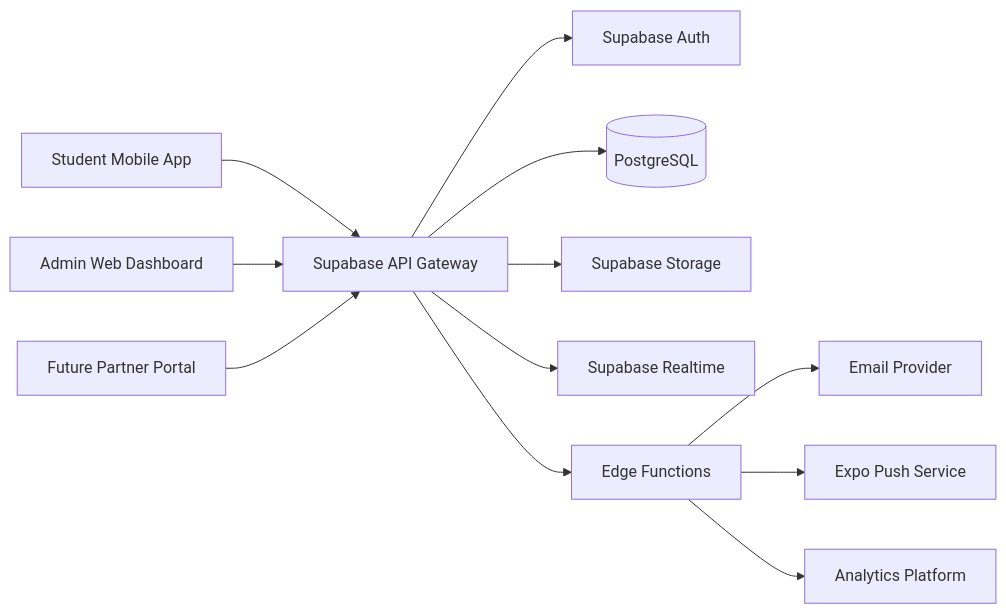
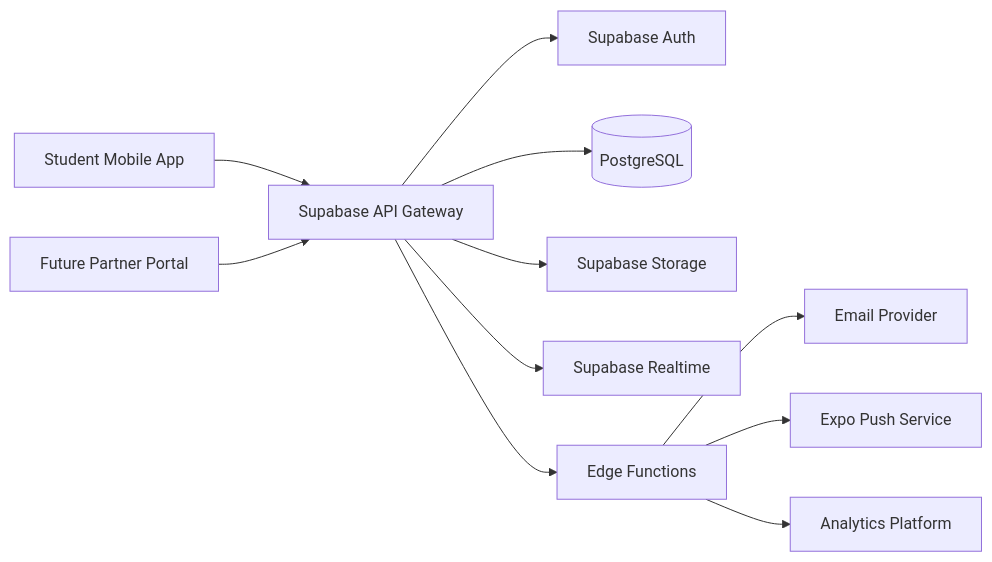
One commit to Ajayfrizzy/eben_app changed the first of 3 diagrams in docs/eben_mobile_app_architecture.md. Above: the diagram before and after it, drawn with Mermaid. The commit also changed other lines of this file and 64 other files, not shown here.

````diff
--- a/docs/eben_mobile_app_architecture.md
+++ b/docs/eben_mobile_app_architecture.md
@@ -100,14 +92,13 @@
 ```mermaid
 flowchart LR
     Student[Student Mobile App] --> API[Supabase API Gateway]
-    Admin[Admin Web Dashboard] --> API
     API --> Auth[Supabase Auth]
     API --> DB[(PostgreSQL)]
     API --> Storage[Supabase Storage]
     API --> Realtime[Supabase Realtime]
     API --> Functions[Edge Functions]
     Functions --> Email[Email Provider]
     Functions --> Push[Expo Push Service]
     Functions --> Analytics[Analytics Platform]
     Partner[Future Partner Portal] --> API
 ```
````
